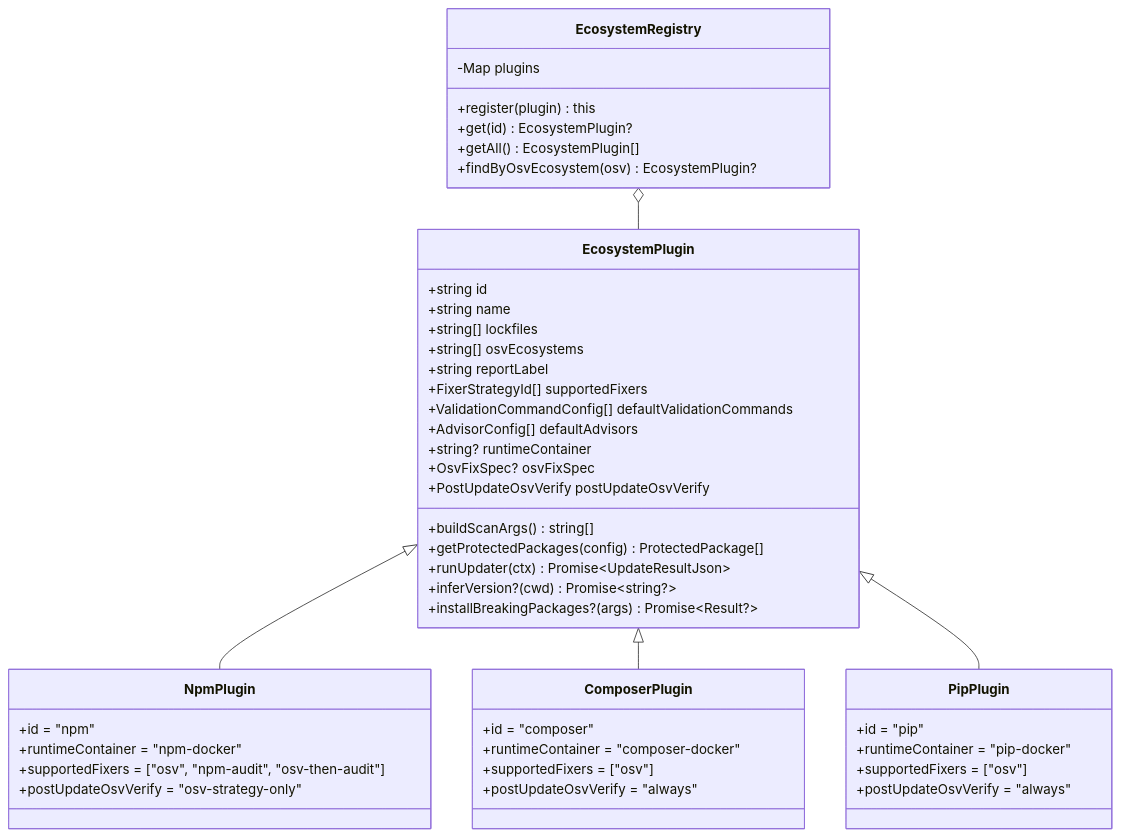
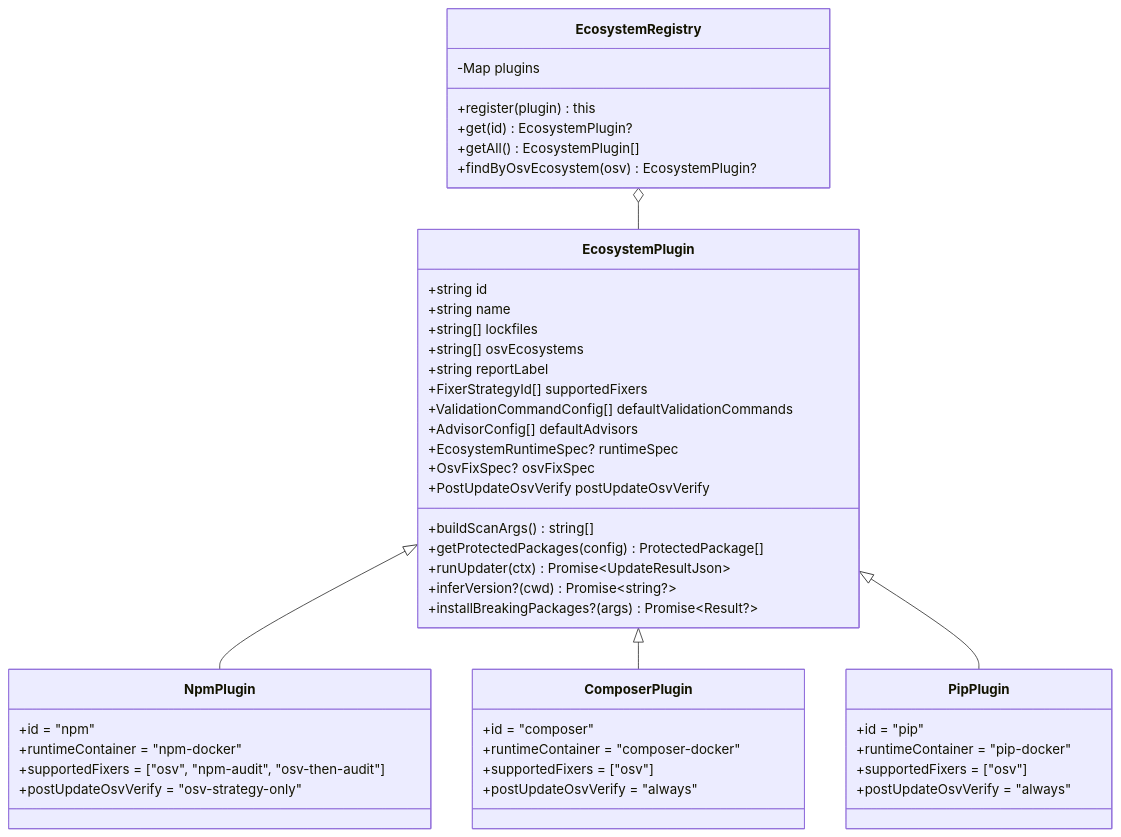
The third of 10 diagrams in docs/architecture.md (ejklock/deep-health), drawn with Mermaid before and after one commit. The commit also changed other lines of this file and 2 other files, not shown here.

First line of the commit message:
docs: refresh architecture and CLI reference for ecosystem-runtime module

````diff
--- a/docs/architecture.md
+++ b/docs/architecture.md
@@ -168,55 +171,55 @@
 ```mermaid
 classDiagram
     class EcosystemPlugin {
         +string id
         +string name
         +string[] lockfiles
         +string[] osvEcosystems
         +string reportLabel
         +FixerStrategyId[] supportedFixers
         +ValidationCommandConfig[] defaultValidationCommands
         +AdvisorConfig[] defaultAdvisors
-        +string? runtimeContainer
+        +EcosystemRuntimeSpec? runtimeSpec
         +OsvFixSpec? osvFixSpec
         +PostUpdateOsvVerify postUpdateOsvVerify
         +buildScanArgs() string[]
         +getProtectedPackages(config) ProtectedPackage[]
         +runUpdater(ctx) Promise~UpdateResultJson~
         +inferVersion?(cwd) Promise~string?~
         +installBreakingPackages?(args) Promise~Result?~
     }
 
     class NpmPlugin {
         +id = "npm"
         +runtimeContainer = "npm-docker"
         +supportedFixers = ["osv", "npm-audit", "osv-then-audit"]
         +postUpdateOsvVerify = "osv-strategy-only"
     }
 
     class ComposerPlugin {
         +id = "composer"
         +runtimeContainer = "composer-docker"
         +supportedFixers = ["osv"]
         +postUpdateOsvVerify = "always"
     }
 
     class PipPlugin {
         +id = "pip"
         +runtimeContainer = "pip-docker"
         +supportedFixers = ["osv"]
         +postUpdateOsvVerify = "always"
     }
 
     class EcosystemRegistry {
         -Map plugins
         +register(plugin) this
         +get(id) EcosystemPlugin?
         +getAll() EcosystemPlugin[]
         +findByOsvEcosystem(osv) EcosystemPlugin?
     }
 
     EcosystemPlugin <|-- NpmPlugin
     EcosystemPlugin <|-- ComposerPlugin
     EcosystemPlugin <|-- PipPlugin
     EcosystemRegistry o-- EcosystemPlugin
 ```
````
